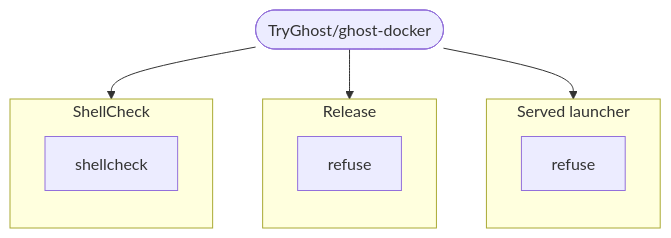
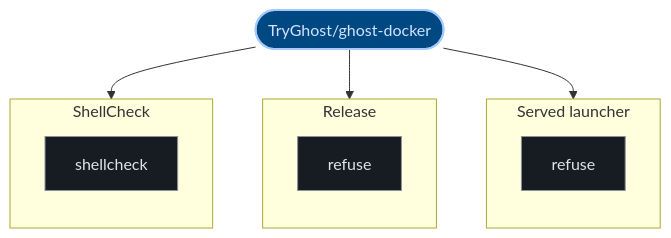
One commit to kumarshaz/atruss-code-atlas changed the third of 3 diagrams in exports/latest/reports/TryGhost-ghost-docker-report.md. Above: the diagram before and after it, drawn with Mermaid. The commit also changed other lines of this file and 331 other files, not shown here.

Commit message:
docs,ui,fix: update SDLC docs, reorder CI/CD DAG first, stylize Mermaid, and fix Arc42 pipeline topology

````diff
--- a/exports/latest/reports/TryGhost-ghost-docker-report.md
+++ b/exports/latest/reports/TryGhost-ghost-docker-report.md
@@ -99,19 +110,26 @@
 ```mermaid
 graph TD;
-  pipeline_root(["TryGhost/ghost-docker"])
+  classDef atlasRoot fill:#004882,stroke:#a3c9ff,stroke-width:2px,color:#d3e4ff
+  classDef atlasCategory fill:#212428,stroke:#E87A48,stroke-width:1.5px,color:#dfe3eb
+  classDef atlasWorkflow fill:#1b2026,stroke:#a3c9ff,stroke-width:1.5px,color:#dfe3eb
+  classDef atlasJob fill:#171c22,stroke:#8d9199,stroke-width:1px,color:#dfe3eb
+  classDef atlasTarget fill:#005227,stroke:#8bd99b,stroke-width:1.5px,color:#a7f6b6
+  classDef atlasAlert fill:#93000a,stroke:#ffb4ab,stroke-width:1.5px,color:#ffdad6
+  classDef atlasMore fill:#252a31,stroke:#8d9199,stroke-dasharray:4 4,color:#c3c6cf
+  pipeline_root(["TryGhost/ghost-docker"]):::atlasRoot
   subgraph Served_launcher_0["Served launcher"]
     direction TB
-    0_refuse["refuse"]
+    0_refuse["refuse"]:::atlasJob
   end
   pipeline_root --> 0_refuse
   subgraph Release_1["Release"]
     direction TB
-    1_refuse["refuse"]
+    1_refuse["refuse"]:::atlasJob
   end
   pipeline_root --> 1_refuse
   subgraph ShellCheck_2["ShellCheck"]
     direction TB
-    2_shellcheck["shellcheck"]
+    2_shellcheck["shellcheck"]:::atlasJob
   end
   pipeline_root --> 2_shellcheck
 ```
````
